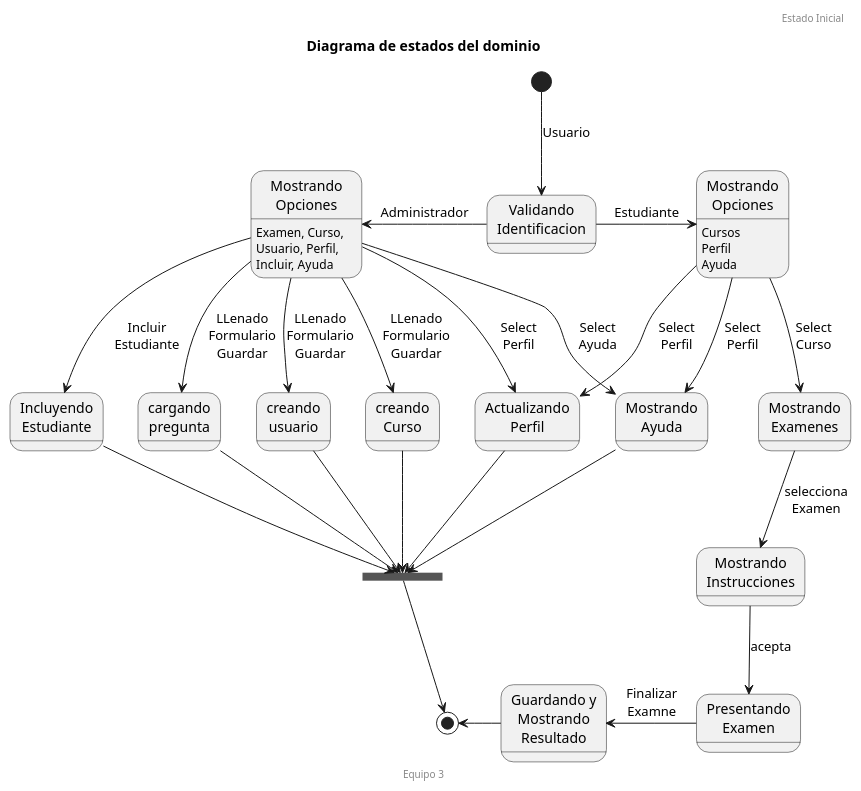
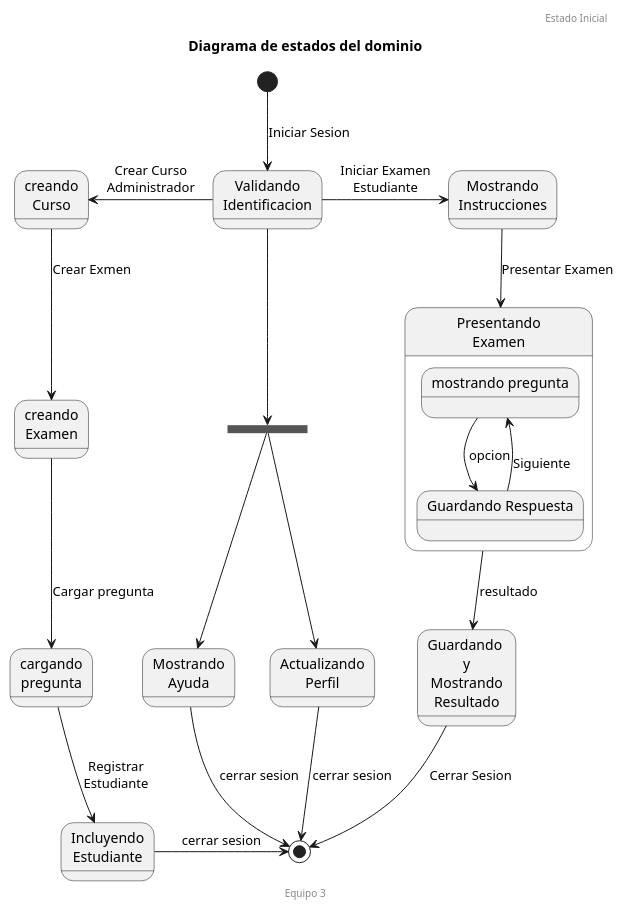
Before and after one commit to febres35/EdTech_IS: the diagram in docs/scenariosView/diagramaEstados.plantuml, drawn with PlantUML.

Commit message:
Cambios en el diagrama de estado

```diff
--- a/docs/scenariosView/diagramaEstados.plantuml
+++ b/docs/scenariosView/diagramaEstados.plantuml
@@ -1,53 +1,74 @@
 @startuml Diagrama de Estado
 
 
 header Estado Inicial
 footer Equipo 3
 title "Diagrama de estados del dominio"
 
 
 
 
 state "Validando\nIdentificacion" as vi
-state "Mostrando\nOpciones" as ad
+'state "Mostrando\nOpciones" as ad
 state  "creando\nCurso" as gc
+state  "creando\nExamen" as ge
 state  "cargando\npregunta" as cp
-state  "creando\nusuario" as cu
+'state  "creando\nusuario" as cu
 
-state "Mostrando\nOpciones" as es
-state "Mostrando\nExamenes" as me
+'state "Mostrando\nOpciones" as es
+'state "Mostrando\nExamenes" as me
 state "Mostrando\nInstrucciones" as mi
-state "Presentando\nExamen" as ee
-state "Guardando y\nMostrando\nResultado" as gr
+state "Presentando\nExamen" as ee{
+    state "mostrando pregunta" as mp
+    state "Guardando Respuesta" as gp
+    mp --> gp: opcion
+    gp --> mp: \nSiguiente
+}
+state "Guardando \ny\nMostrando\nResultado" as gr
 state "Actualizando\nPerfil" as ap
 state "Mostrando\nAyuda" as ma
 state "Incluyendo\nEstudiante" as ie
 state finAd <<join>>
-ad : Examen, Curso, \nUsuario, Perfil, \nIncluir, Ayuda
-[*] --> vi: Usuario
-vi -left-> ad: Administrador
-ad --> ie: Incluir\nEstudiante
-ad --> gc: LLenado\nFormulario\nGuardar
-ad --> cp: LLenado\nFormulario\nGuardar
-ad --> cu: LLenado\nFormulario\nGuardar
-ad --> ap: Select\nPerfil
-ad --> ma: Select\nAyuda
+'ad : Examen, Curso, \nUsuario, Perfil, \nIncluir, Ayuda
+[*] --> vi: Iniciar Sesion
+vi -left-> gc: Crear Curso\nAdministrador
+gc --> ge: Crear Exmen
+ge --> cp: Cargar pregunta
+cp --> ie: Registrar\nEstudiante
+vi --> finAd
+finAd --> ma
+finAd --> ap
+
+ma --> [*]: cerrar sesion
+ap --> [*]: cerrar sesion
+ie -right-> [*] : cerrar sesion
+/'ad --> ie: Incluir\nEstudiante
+ad --> gc: Formulario\nGuardar
+ad --> cp: Formulario\nGuardar
+ad --> cu: Formulario\nGuardar
+ad --> ap: Selección\nPerfil
+ad --> ma: Selección\nAyuda
 ie --> finAd
 gc --> finAd 
 cp --> finAd 
 cu --> finAd
 ap --> finAd 
 ma --> finAd
-finAd --> [*]
+finAd --> [*]'/
  
-es: Cursos\nPerfil\nAyuda
-vi -right-> es: Estudiante
-es -->me: Select\nCurso
-es --> ap: Select\nPerfil
-es--> ma: Select\nPerfil
-me --> mi: selecciona\nExamen 
-mi --> ee: acepta
+'es: Cursos\nPerfil\nAyuda
+vi -right-> mi: Iniciar Examen\nEstudiante
+mi --> ee: Presentar Examen
+ee --> gr: resultado
+gr --> [*]:  Cerrar Sesion
+
+
+/'es -->me: Selección\nCurso
+es --> ap: Selección\nPerfil
+es--> ma: Selección\nPerfil
+me --> mi: Selección\nExamen 
+mi --> ee: Aceptar
 ee -left-> gr: Finalizar\nExamne
 gr -left-> [*]
-
+'/
 @enduml
```
